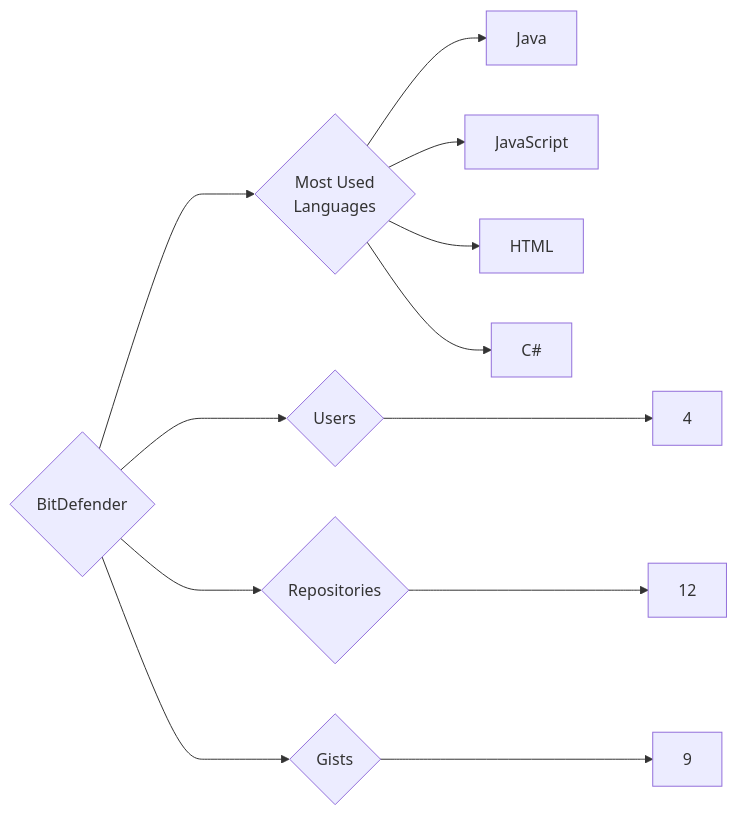
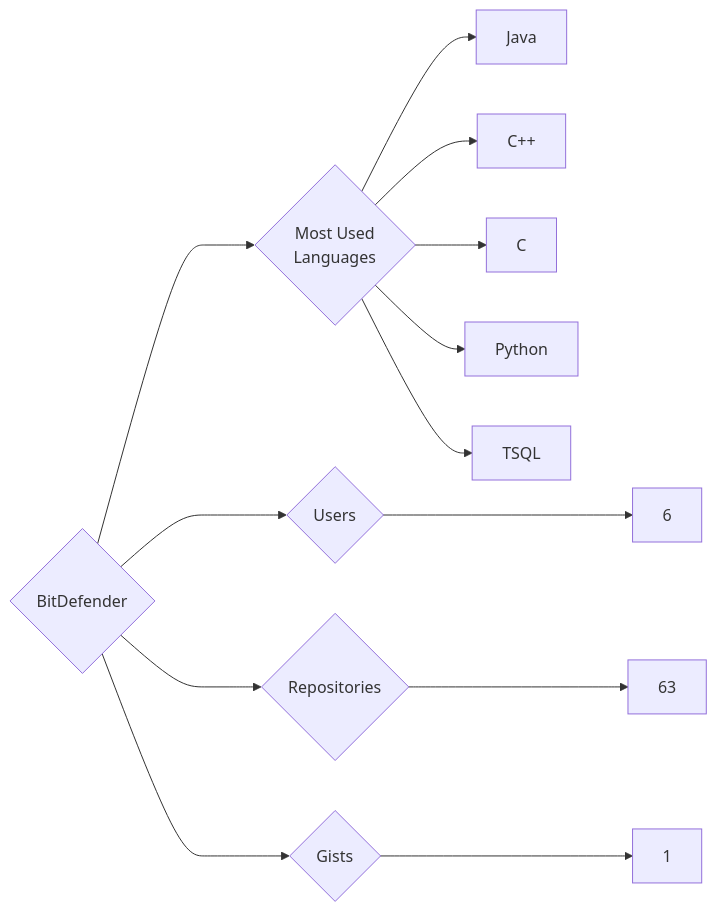
Before and after one commit to trickest/insiders: the diagram in targets/BitDefender/README.md, drawn with Mermaid. The commit also changed 1195 other files, not shown here.

````diff
--- a/targets/BitDefender/README.md
+++ b/targets/BitDefender/README.md
@@ -3,12 +3,13 @@
 ```mermaid
 graph LR
 COMPANY_NAME{BitDefender}
-COMPANY_NAME ---> U{Users} ---> UN[4]
-COMPANY_NAME ---> R{Repositories} ---> RN[12]
-COMPANY_NAME ---> G{Gists} ---> GN[9]
+COMPANY_NAME ---> U{Users} ---> UN[6]
+COMPANY_NAME ---> R{Repositories} ---> RN[63]
+COMPANY_NAME ---> G{Gists} ---> GN[1]
 COMPANY_NAME ---> ML{Most Used<br>Languages}
 ML --> Java[Java]
-ML --> JavaScript[JavaScript]
-ML --> HTML[HTML]
-ML --> C#[C#]
+ML --> C++[C++]
+ML --> C[C]
+ML --> Python[Python]
+ML --> TSQL[TSQL]
 ```
````
